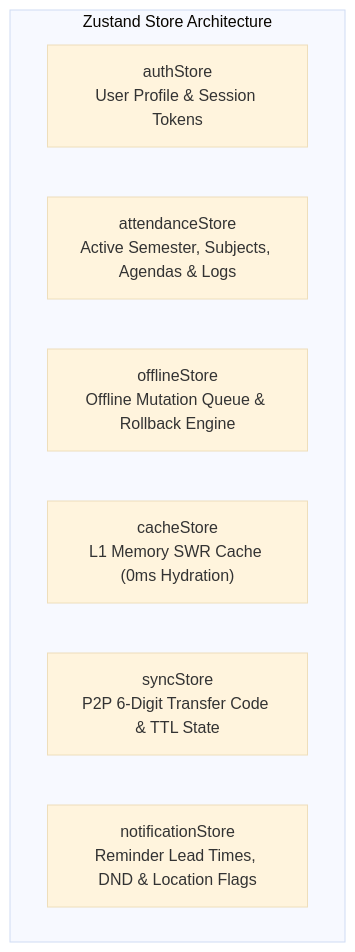
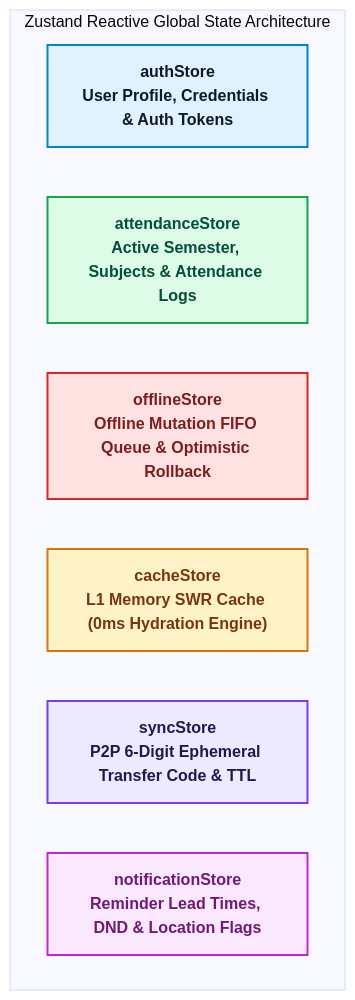
Before and after one commit to nrai18/AttendX: the third of 19 diagrams in README.md, drawn with Mermaid (base theme). The commit also changed other lines of this file and 78 other files, not shown here.

````diff
--- a/README.md
+++ b/README.md
@@ -256,11 +273,18 @@
 ```mermaid
 flowchart TD
-    subgraph Zustand Store Architecture
-        A["authStore<br/>User Profile & Session Tokens"]
-        B["attendanceStore<br/>Active Semester, Subjects, Agendas & Logs"]
-        C["offlineStore<br/>Offline Mutation Queue & Rollback Engine"]
-        D["cacheStore<br/>L1 Memory SWR Cache (0ms Hydration)"]
-        E["syncStore<br/>P2P 6-Digit Transfer Code & TTL State"]
-        F["notificationStore<br/>Reminder Lead Times, DND & Location Flags"]
+    classDef client fill:#e0f2fe,stroke:#0284c7,stroke-width:2px,color:#0f172a,font-weight:bold;
+    classDef server fill:#ede9fe,stroke:#7c3aed,stroke-width:2px,color:#1e1b4b,font-weight:bold;
+    classDef db fill:#dcfce7,stroke:#16a34a,stroke-width:2px,color:#064e3b,font-weight:bold;
+    classDef cache fill:#fef3c7,stroke:#d97706,stroke-width:2px,color:#78350f,font-weight:bold;
+    classDef ai fill:#fae8ff,stroke:#c026d3,stroke-width:2px,color:#701a75,font-weight:bold;
+    classDef warn fill:#fee2e2,stroke:#dc2626,stroke-width:2px,color:#7f1d1d,font-weight:bold;
+
+    subgraph Zustand Reactive Global State Architecture
+        A["authStore<br/>User Profile, Credentials & Auth Tokens"]:::client
+        B["attendanceStore<br/>Active Semester, Subjects & Attendance Logs"]:::db
+        C["offlineStore<br/>Offline Mutation FIFO Queue & Optimistic Rollback"]:::warn
+        D["cacheStore<br/>L1 Memory SWR Cache (0ms Hydration Engine)"]:::cache
+        E["syncStore<br/>P2P 6-Digit Ephemeral Transfer Code & TTL"]:::server
+        F["notificationStore<br/>Reminder Lead Times, DND & Location Flags"]:::ai
     end
 ```
````
